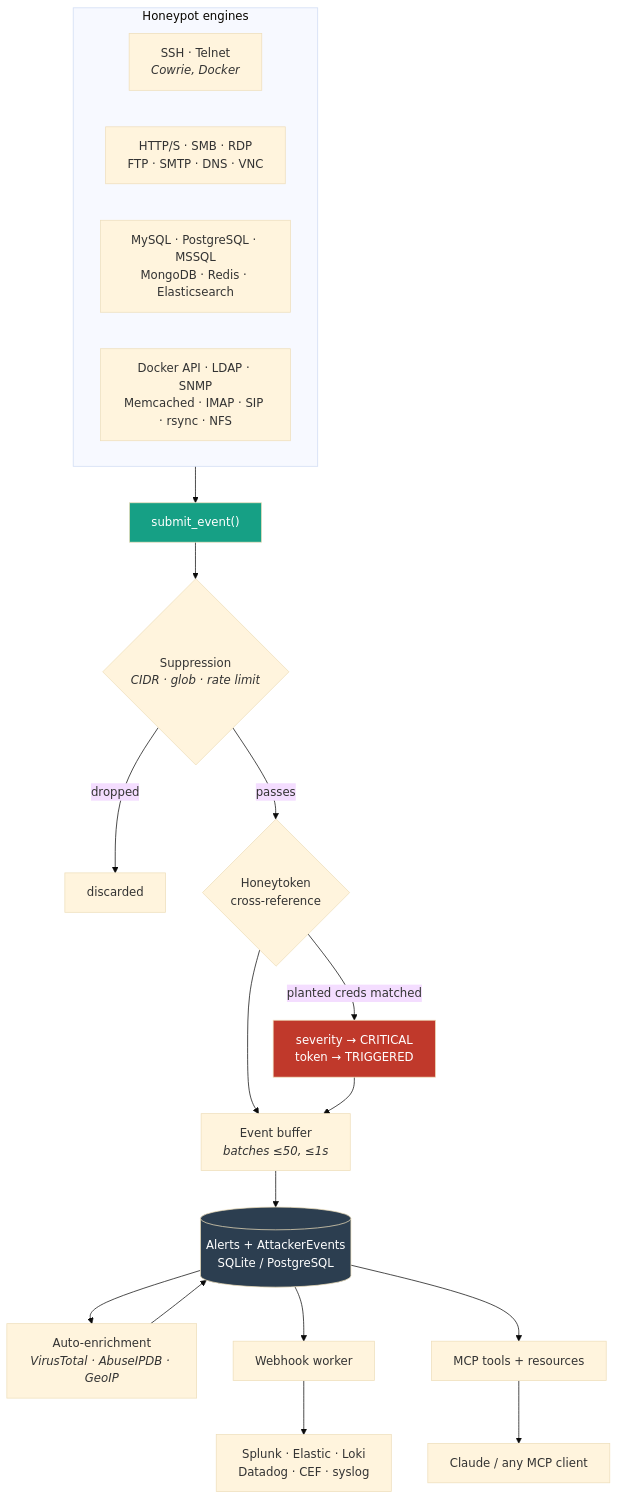
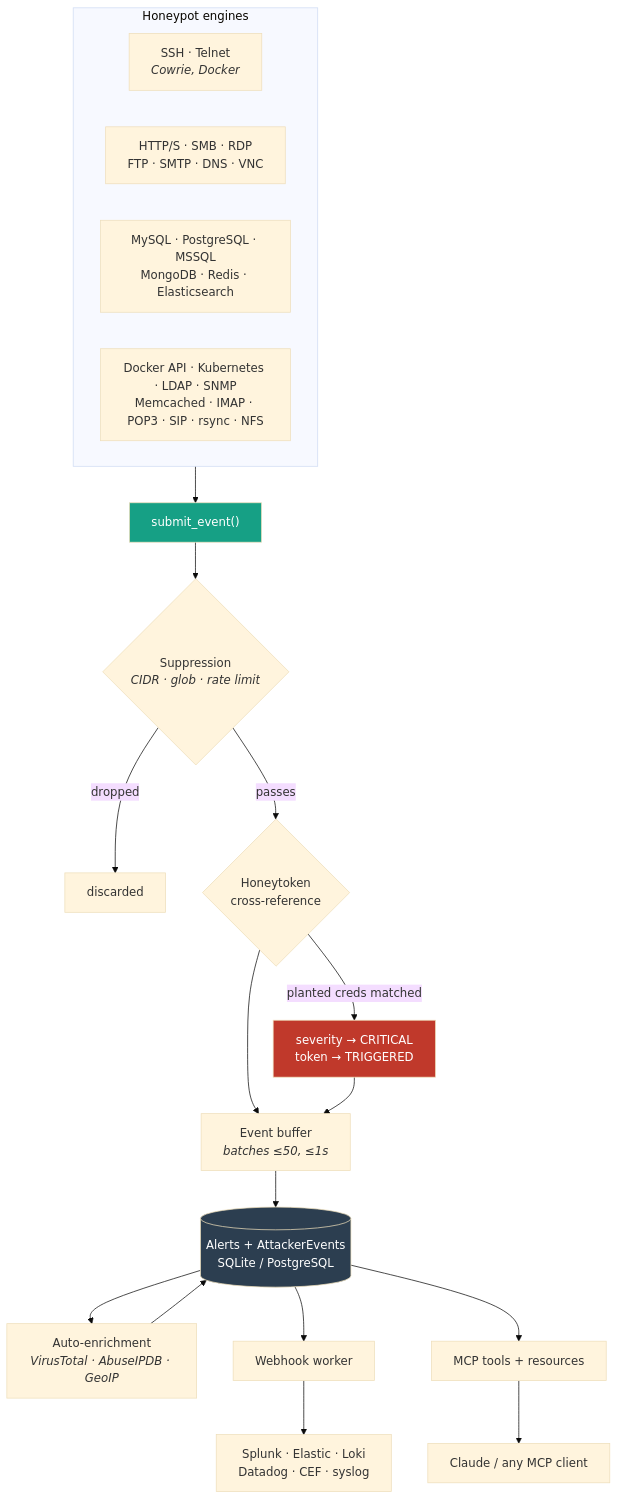
One commit to tohudgins/HoneyPot-MCP changed the diagram in README.md. Above: the diagram before and after it, drawn with Mermaid (base theme). The commit also changed other lines of this file and 12 other files, not shown here.

````diff
--- a/README.md
+++ b/README.md
@@ -88,29 +88,29 @@
 ```mermaid
 flowchart TD
     subgraph E["Honeypot engines"]
         direction LR
         E1["SSH · Telnet<br/><i>Cowrie, Docker</i>"]
         E2["HTTP/S · SMB · RDP<br/>FTP · SMTP · DNS · VNC"]
         E3["MySQL · PostgreSQL · MSSQL<br/>MongoDB · Redis · Elasticsearch"]
-        E4["Docker API · LDAP · SNMP<br/>Memcached · IMAP · SIP · rsync · NFS"]
+        E4["Docker API · Kubernetes · LDAP · SNMP<br/>Memcached · IMAP · POP3 · SIP · rsync · NFS"]
     end
 
     E --> SUB["submit_event()"]
     SUB --> SUP{"Suppression<br/><i>CIDR · glob · rate limit</i>"}
     SUP -->|dropped| X["discarded"]
     SUP -->|passes| CM{"Honeytoken<br/>cross-reference"}
     CM -->|planted creds matched| CRIT["severity → CRITICAL<br/>token → TRIGGERED"]
     CM --> BUF["Event buffer<br/><i>batches ≤50, ≤1s</i>"]
     CRIT --> BUF
     BUF --> DB[("Alerts + AttackerEvents<br/>SQLite / PostgreSQL")]
     DB --> ENR["Auto-enrichment<br/><i>VirusTotal · AbuseIPDB · GeoIP</i>"]
     ENR --> DB
     DB --> WH["Webhook worker"]
     WH --> SIEM["Splunk · Elastic · Loki<br/>Datadog · CEF · syslog"]
     DB --> MCP["MCP tools + resources"]
     MCP --> CLIENT["Claude / any MCP client"]
 
     style CRIT fill:#c0392b,color:#fff
     style DB fill:#2c3e50,color:#fff
     style SUB fill:#16a085,color:#fff
 ```
````
